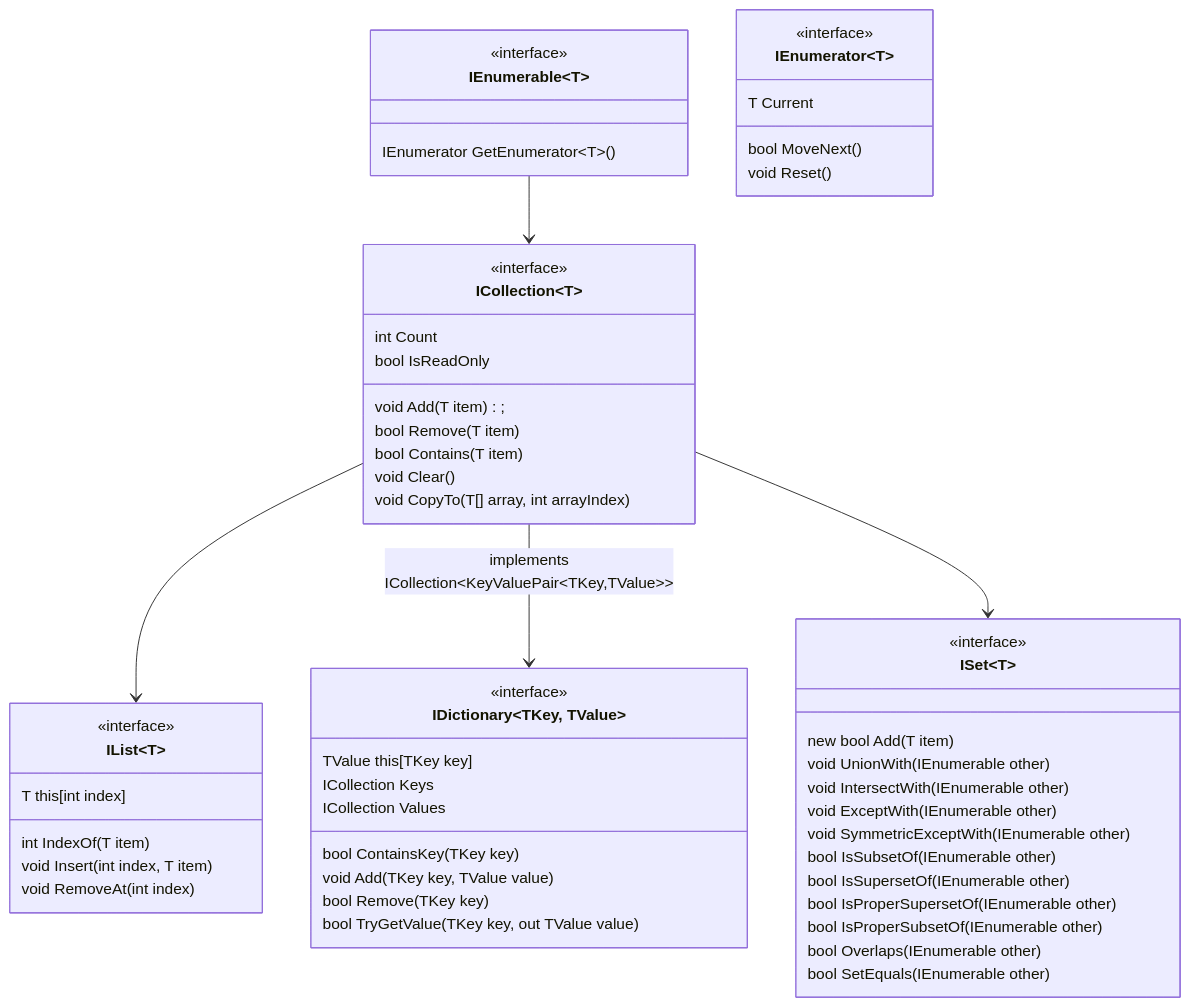
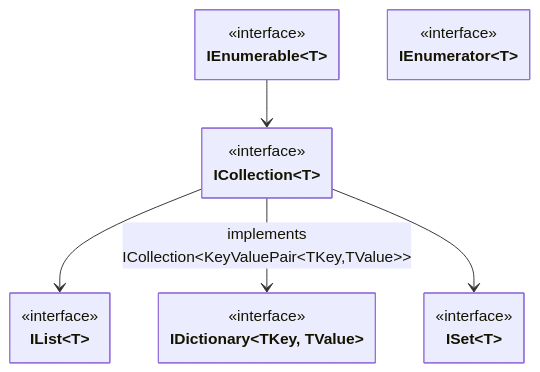
One commit to P3-MINI/csharp-site changed the diagram in content/lectures/06.collections/collections.en.md. Above: the diagram before and after it, drawn with Mermaid. The commit also changed 3 other files, not shown here.

````diff
--- a/content/lectures/06.collections/collections.en.md
+++ b/content/lectures/06.collections/collections.en.md
@@ -24,58 +24,30 @@
 ```mermaid
+---
+config:
+  class:
+    hideEmptyMembersBox: true
+---
 classDiagram
 IEnumerable~T~ --> ICollection~T~
 ICollection~T~ --> IList~T~
 ICollection~T~ --> IDictionary~TKey, TValue~ : implements<br>ICollection&ltKeyValuePair&ltTKey,TValue&gt&gt
 ICollection~T~ --> ISet~T~
 class IEnumerable~T~{
     <<interface>>
-    IEnumerator GetEnumerator~T~()
 }
 class IEnumerator~T~{
     <<interface>>
-    T Current
-    bool MoveNext()
-    void Reset()
 }
 class ICollection~T~{
     <<interface>>
-    int Count
-    bool IsReadOnly
-    void Add(T item);
-    bool Remove(T item)
-    bool Contains(T item)
-    void Clear()
-    void CopyTo(T[] array, int arrayIndex)
 }
 class IList~T~{
     <<interface>>
-    T this[int index]
-    int IndexOf(T item)
-    void Insert(int index, T item)
-    void RemoveAt(int index)
 }
 class IDictionary~TKey, TValue~{
     <<interface>>
-    TValue this[TKey key]
-    ICollection<TKey> Keys
-    ICollection<TValue> Values
-    bool ContainsKey(TKey key)
-    void Add(TKey key, TValue value)
-    bool Remove(TKey key)
-    bool TryGetValue(TKey key, out TValue value)
 }
 class ISet~T~{
     <<interface>>
-    new bool Add(T item)
-    void UnionWith(IEnumerable<T> other)
-    void IntersectWith(IEnumerable<T> other)
-    void ExceptWith(IEnumerable<T> other)
-    void SymmetricExceptWith(IEnumerable<T> other)
-    bool IsSubsetOf(IEnumerable<T> other)
-    bool IsSupersetOf(IEnumerable<T> other)
-    bool IsProperSupersetOf(IEnumerable<T> other)
-    bool IsProperSubsetOf(IEnumerable<T> other)
-    bool Overlaps(IEnumerable<T> other)
-    bool SetEquals(IEnumerable<T> other)
 }
 ```
````
